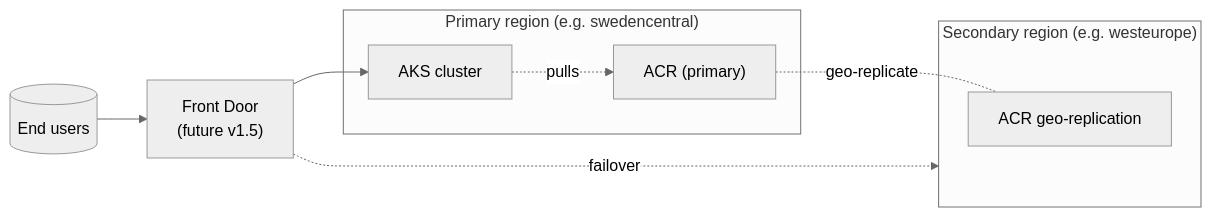
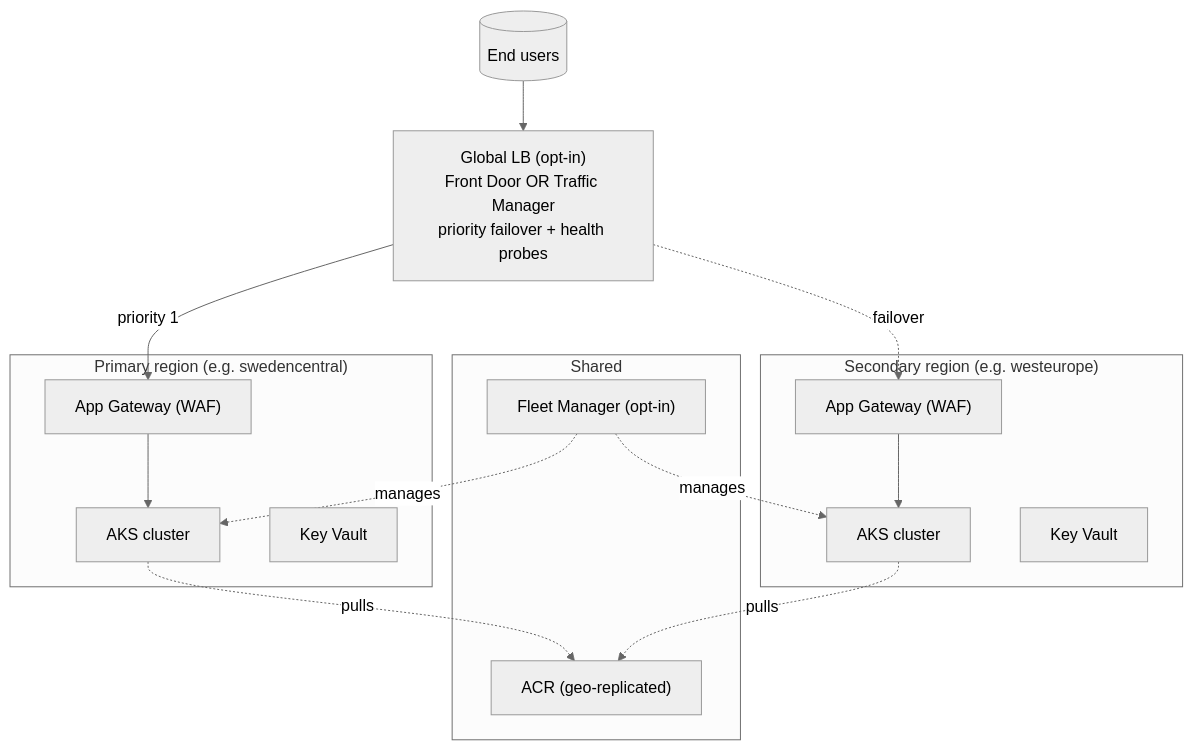
The fourth of 4 diagrams in ALZ.AKS/docs/architecture-diagrams.md (abengtss-max/aksapplz), drawn with Mermaid (neutral theme) before and after one commit. The commit also changed other lines of this file and 6 other files, not shown here.

````diff
--- a/ALZ.AKS/docs/architecture-diagrams.md
+++ b/ALZ.AKS/docs/architecture-diagrams.md
@@ -153,17 +154,28 @@
 ```mermaid
-flowchart LR
+flowchart TB
+    user[(End users)]
+    glb["Global LB (opt-in)<br/>Front Door OR Traffic Manager<br/>priority failover + health probes"]
     subgraph primary["Primary region (e.g. swedencentral)"]
+        agw1["App Gateway (WAF)"]
         aks1["AKS cluster"]
-        acr["ACR (primary)"]
+        kv1["Key Vault"]
+        agw1 --> aks1
     end
     subgraph secondary["Secondary region (e.g. westeurope)"]
-        acrRepl["ACR geo-replication"]
+        agw2["App Gateway (WAF)"]
+        aks2["AKS cluster"]
+        kv2["Key Vault"]
+        agw2 --> aks2
     end
-    user[(End users)]
-    fd["Front Door<br/>(future v1.5)"]
-    acr -. geo-replicate .- acrRepl
+    subgraph shared["Shared"]
+        acr["ACR (geo-replicated)"]
+        fleet["Fleet Manager (opt-in)"]
+    end
+    user --> glb
+    glb -->|priority 1| agw1
+    glb -. failover .-> agw2
     aks1 -. pulls .-> acr
-    user --> fd
-    fd --> aks1
-    fd -. failover .-> secondary
+    aks2 -. pulls .-> acr
+    fleet -. manages .-> aks1
+    fleet -. manages .-> aks2
 ```
````
